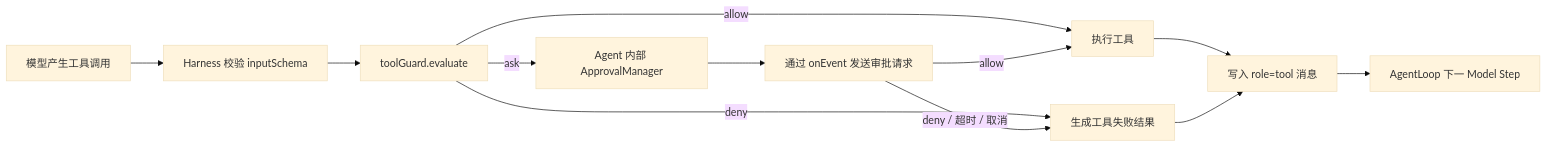
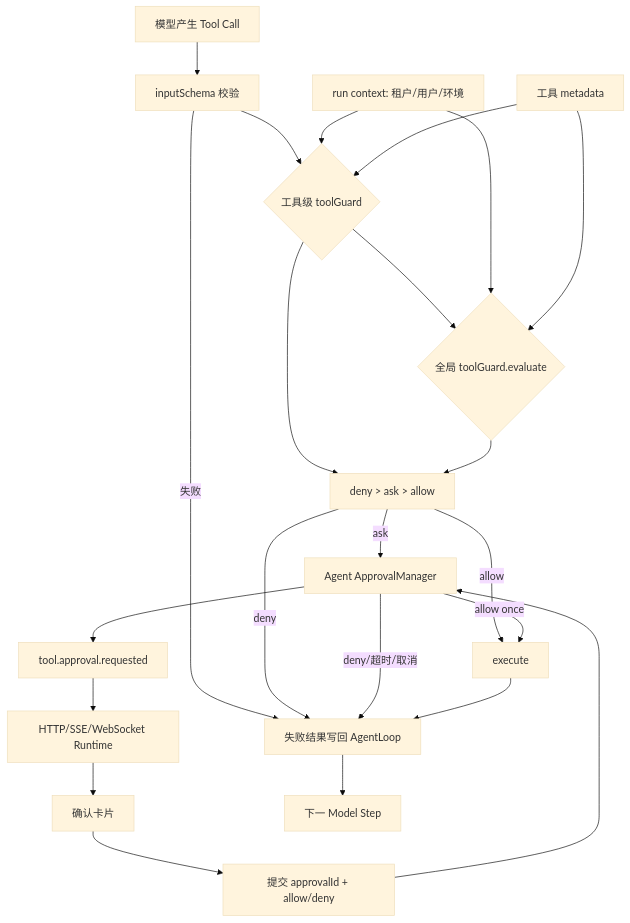
One commit to AlbertE1990/crafteHarness changed the first of 2 diagrams in docs/learning/tool-approval-flow.md. Above: the diagram before and after it, drawn with Mermaid (base theme). The commit also changed other lines of this file and 48 other files, not shown here.

Commit message:
feat: add layered tool guards and run context

````diff
--- a/docs/learning/tool-approval-flow.md
+++ b/docs/learning/tool-approval-flow.md
@@ -19,14 +28,25 @@
 ```mermaid
-flowchart LR
-  Call[模型产生工具调用] --> Validate[Harness 校验 inputSchema]
-  Validate --> Guard[toolGuard.evaluate]
-  Guard -->|allow| Execute[执行工具]
-  Guard -->|deny| Failure[生成工具失败结果]
-  Guard -->|ask| Manager[Agent 内部 ApprovalManager]
-  Manager --> UI[通过 onEvent 发送审批请求]
-  UI -->|allow| Execute
-  UI -->|deny / 超时 / 取消| Failure
-  Execute --> ToolMessage[写入 role=tool 消息]
-  Failure --> ToolMessage
-  ToolMessage --> Loop[AgentLoop 下一 Model Step]
+flowchart TD
+  Model[模型产生 Tool Call] --> Validate[inputSchema 校验]
+  Validate -->|失败| ToolResult[失败结果写回 AgentLoop]
+  Validate --> Local{工具级 toolGuard}
+  Local --> Global{全局 toolGuard.evaluate}
+  Context[run context: 租户/用户/环境] --> Local
+  Context --> Global
+  Metadata[工具 metadata] --> Local
+  Metadata --> Global
+  Local --> Merge[deny > ask > allow]
+  Global --> Merge
+  Merge -->|allow| Execute[execute]
+  Merge -->|deny| ToolResult
+  Merge -->|ask| Manager[Agent ApprovalManager]
+  Manager --> Event[tool.approval.requested]
+  Event --> Runtime[HTTP/SSE/WebSocket Runtime]
+  Runtime --> UI[确认卡片]
+  UI --> Submit[提交 approvalId + allow/deny]
+  Submit --> Manager
+  Manager -->|allow once| Execute
+  Manager -->|deny/超时/取消| ToolResult
+  Execute --> ToolResult
+  ToolResult --> ModelStep[下一 Model Step]
 ```
````
